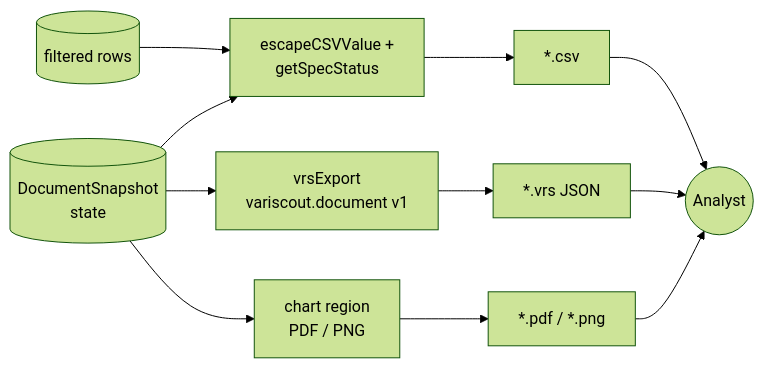
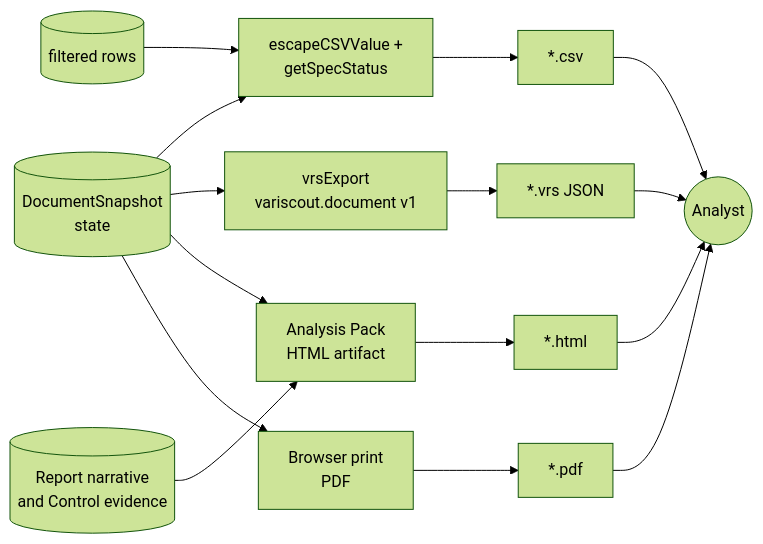
One commit to jukka-matti/variscout changed the diagram in docs/03-features/data/export.md. Above: the diagram before and after it, drawn with Mermaid (forest theme). The commit also changed other lines of this file and 10 other files, not shown here.

````diff
--- a/docs/03-features/data/export.md
+++ b/docs/03-features/data/export.md
@@ -29,15 +79,20 @@
 ```mermaid
 flowchart LR
     Snapshot[(DocumentSnapshot<br/>state)]
     Rows[(filtered rows)]
+    Report[(Report narrative<br/>and Control evidence)]
     Snapshot --> CSV[escapeCSVValue +<br/>getSpecStatus]
     Rows --> CSV
     Snapshot --> VRS[vrsExport<br/>variscout.document v1]
-    Snapshot --> PNG[chart region<br/>PDF / PNG]
+    Snapshot --> Pack[Analysis Pack<br/>HTML artifact]
+    Report --> Pack
+    Snapshot --> Print[Browser print<br/>PDF]
     CSV --> CSVFile[*.csv]
     VRS --> VRSFile[*.vrs JSON]
-    PNG --> ImgFile[*.pdf / *.png]
+    Pack --> HtmlFile[*.html]
+    Print --> PdfFile[*.pdf]
     CSVFile --> User((Analyst))
     VRSFile --> User
-    ImgFile --> User
+    HtmlFile --> User
+    PdfFile --> User
 ```
````
